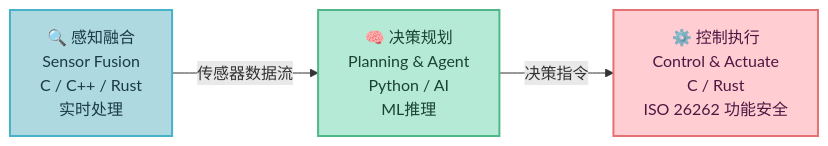
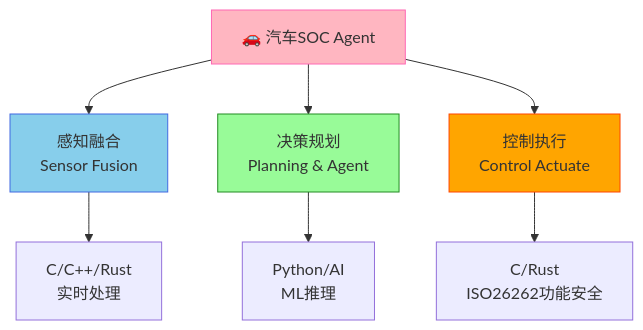
Before and after one commit to xuqi2024/xuqi2024.github.io: the first of 4 diagrams in source/_posts/2026-04-15-automotive-soc-agent-language-analysis.md, drawn with Mermaid. The commit also changed other lines of this file, not shown here.

Commit message:
更新: 汽车SOC文章改用Mermaid图表

````diff
--- a/source/_posts/2026-04-15-automotive-soc-agent-language-analysis.md
+++ b/source/_posts/2026-04-15-automotive-soc-agent-language-analysis.md
@@ -31,13 +31,17 @@
 ```mermaid
-graph LR
-    SF["🔍 感知融合<br/>Sensor Fusion<br/>C / C++ / Rust<br/>实时处理"]
-    PP["🧠 决策规划<br/>Planning & Agent<br/>Python / AI<br/>ML推理"]
-    CA["⚙️ 控制执行<br/>Control & Actuate<br/>C / Rust<br/>ISO 26262 功能安全"]
-
-    SF -->|"传感器数据流"| PP
-    PP -->|"决策指令"| CA
-
-    style SF fill:#AED9E0,color:#1A3A4A,stroke:#48B2C8,stroke-width:2px
-    style PP fill:#B5EAD7,color:#1B4332,stroke:#52B788,stroke-width:2px
-    style CA fill:#FFCDD2,color:#4A1942,stroke:#E57373,stroke-width:2px
+graph TB
+    SOC["🚗 汽车SOC Agent"]
+    
+    SOC --> PF["感知融合<br/>Sensor Fusion"]
+    SOC --> PL["决策规划<br/>Planning & Agent"]
+    SOC --> CA["控制执行<br/>Control Actuate"]
+    
+    PF --> PF_Tech["C/C++/Rust<br/>实时处理"]
+    PL --> PL_Tech["Python/AI<br/>ML推理"]
+    CA --> CA_Tech["C/Rust<br/>ISO26262功能安全"]
+    
+    style SOC fill:#FFB6C1,stroke:#FF69B4
+    style PF fill:#87CEEB,stroke:#4169E1
+    style PL fill:#98FB98,stroke:#228B22
+    style CA fill:#FFA500,stroke:#FF4500
 ```
````
